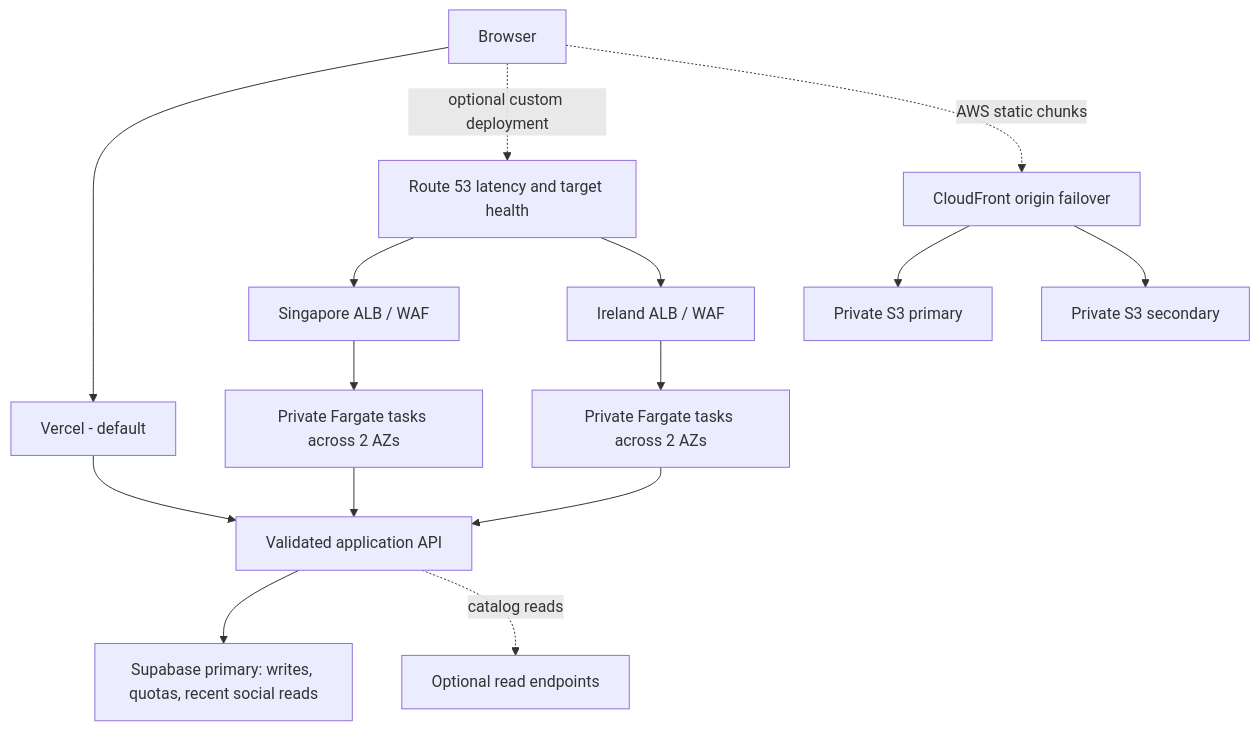
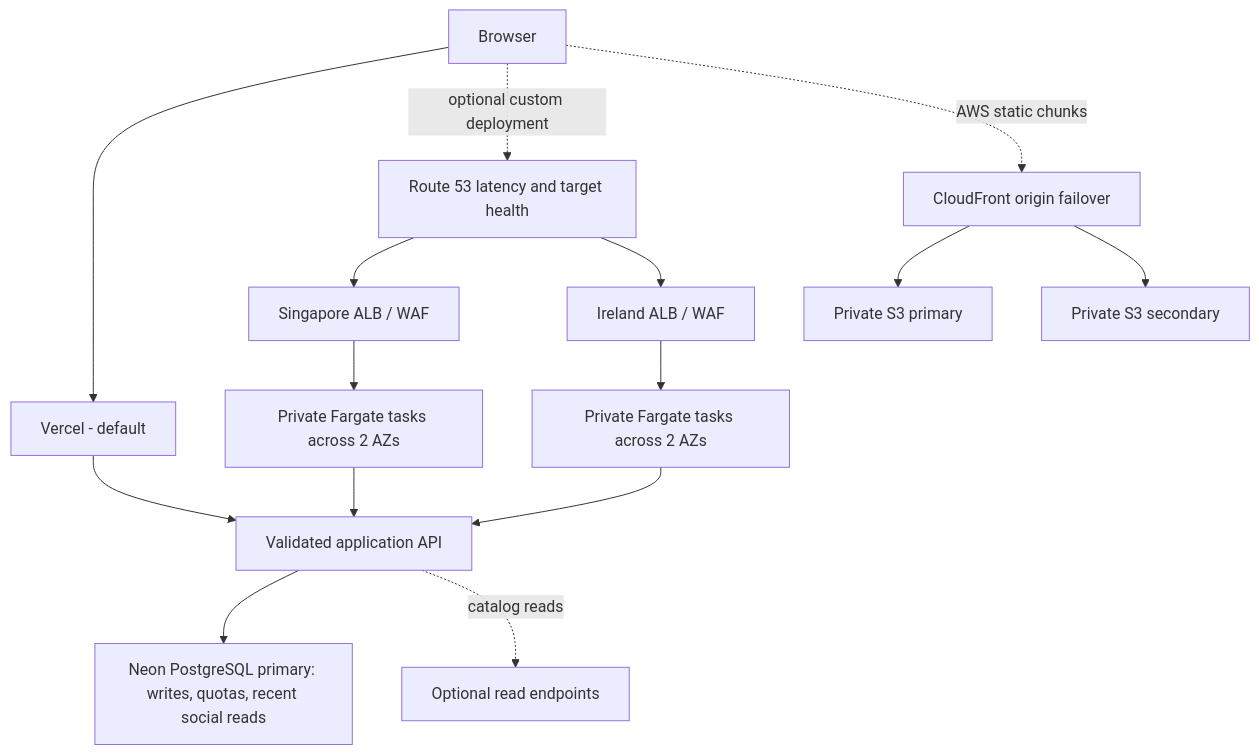
The diagram in docs/architecture.md (zznam/cursor-cafe-game-portal), drawn with Mermaid before and after one commit. The commit also changed other lines of this file and 43 other files, not shown here.

First line of the commit message:
Replace unavailable Supabase backend with Neon PostgreSQL (#13)

````diff
--- a/docs/architecture.md
+++ b/docs/architecture.md
@@ -5,17 +5,17 @@
 ```mermaid
 flowchart TB
   Browser --> Default[Vercel - default]
   Browser -. optional custom deployment .-> DNS[Route 53 latency and target health]
   DNS --> A[Singapore ALB / WAF]
   DNS --> B[Ireland ALB / WAF]
   A --> ECS1[Private Fargate tasks across 2 AZs]
   B --> ECS2[Private Fargate tasks across 2 AZs]
   Browser -. AWS static chunks .-> CDN[CloudFront origin failover]
   CDN --> S1[Private S3 primary]
   CDN --> S2[Private S3 secondary]
   Default --> API[Validated application API]
   ECS1 --> API
   ECS2 --> API
-  API --> Primary[Supabase primary: writes, quotas, recent social reads]
+  API --> Primary[Neon PostgreSQL primary: writes, quotas, recent social reads]
   API -. catalog reads .-> Replica[Optional read endpoints]
 ```
````
